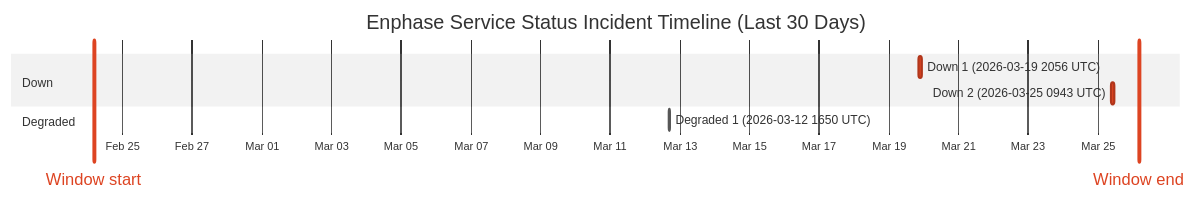
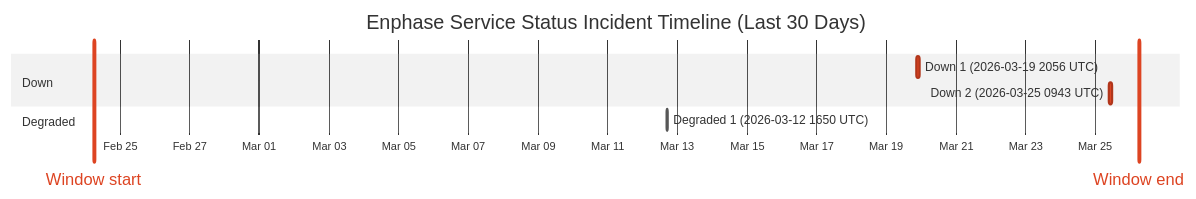
Before and after one commit to barneyonline/ha-enphase-ev-charger: the diagram in wiki/Service-Status-History.md, drawn with Mermaid (neutral theme). The commit also changed other lines of this file and 3 other files, not shown here.

````diff
--- a/wiki/Service-Status-History.md
+++ b/wiki/Service-Status-History.md
@@ -14,13 +14,13 @@
 ```mermaid
 gantt
     title Enphase Service Status Incident Timeline (Last 30 Days)
     dateFormat  YYYY-MM-DDTHH:mm:ss
     axisFormat  %b %d
-    Window start :vert, window-start, 2026-02-24T04:25:06, 0ms
-    Window end :vert, window-end, 2026-03-26T04:25:06, 0ms
+    Window start :vert, window-start, 2026-02-24T06:06:33, 0ms
+    Window end :vert, window-end, 2026-03-26T06:06:33, 0ms
     section Down
     Down 1 (2026-03-19 2056 UTC) :crit, down-1, 2026-03-19T20:56:20, 145m
     Down 2 (2026-03-25 0943 UTC) :crit, down-2, 2026-03-25T09:43:28, 111m
     section Degraded
     Degraded 1 (2026-03-12 1650 UTC) :active, degraded-1, 2026-03-12T16:50:43, 60m
 ```
````
